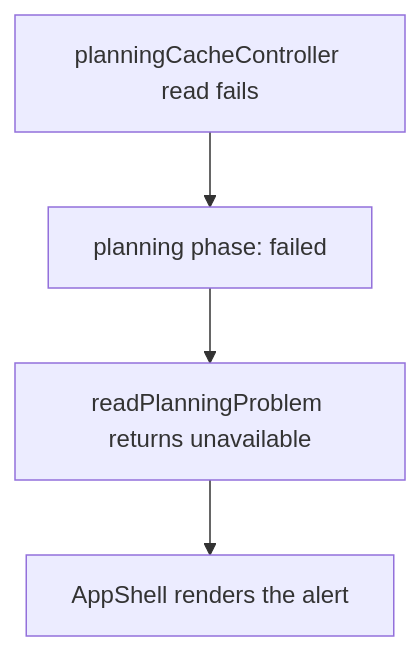
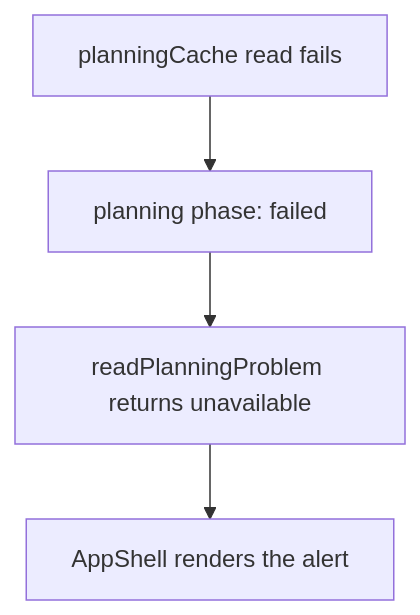
The second of 2 diagrams in user-stories/navigation/US-NAV-20-account-load-recovery.md (Kevinjohn/capacitylens), drawn with Mermaid before and after one commit. The commit also changed other lines of this file and 117 other files, not shown here.

First line of the commit message:
Planning cache: rename the planning cache controller family

````diff
--- a/user-stories/navigation/US-NAV-20-account-load-recovery.md
+++ b/user-stories/navigation/US-NAV-20-account-load-recovery.md
@@ -30,6 +30,6 @@
 ```mermaid
 flowchart TD
-  read["planningCacheController read fails"] --> phase["planning phase: failed"]
+  read["planningCache read fails"] --> phase["planning phase: failed"]
   phase --> notice["readPlanningProblem returns unavailable"]
   notice --> shell["AppShell renders the alert"]
 ```
````
